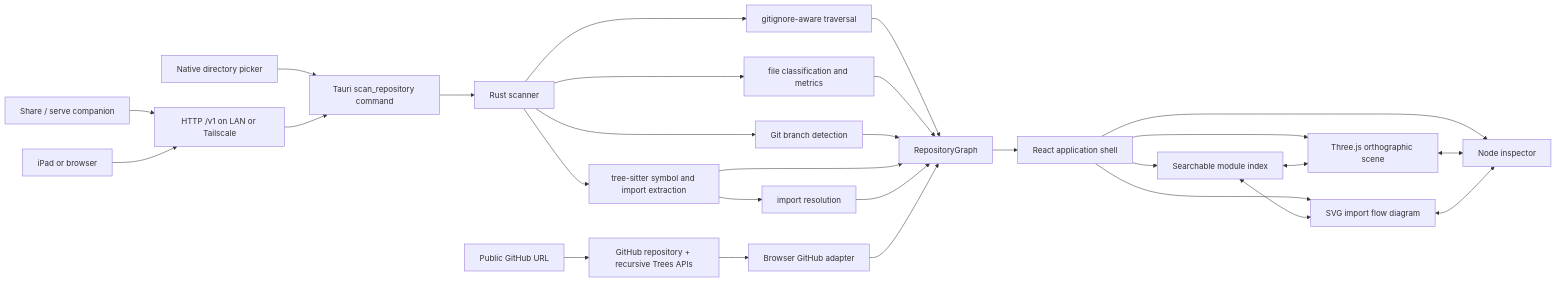
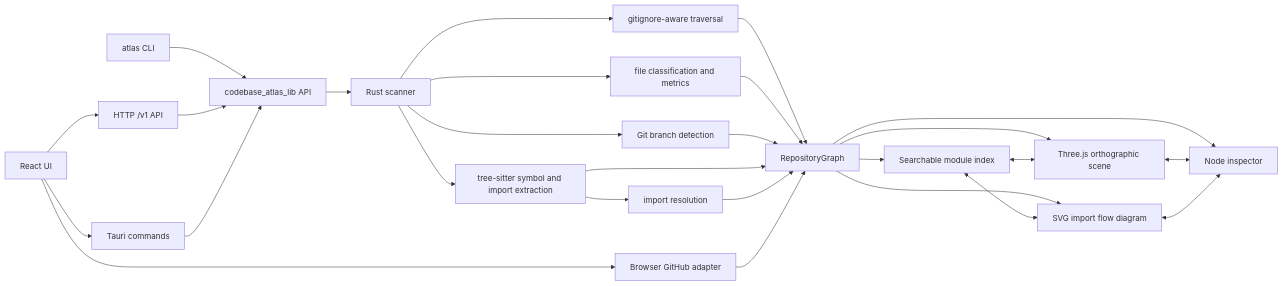
One commit to Volpestyle/codebase-atlas changed the first of 4 diagrams in README.md. Above: the diagram before and after it, drawn with Mermaid. The commit also changed other lines of this file and 13 other files, not shown here.

Commit message:
feat: make repository graph core scriptable

````diff
--- a/README.md
+++ b/README.md
@@ -9,30 +9,29 @@
 ```mermaid
 flowchart LR
-    A[Native directory picker] --> B[Tauri scan_repository command]
-    L[Public GitHub URL] --> M[GitHub repository + recursive Trees APIs]
-    S[Share / serve companion] --> T[HTTP /v1 on LAN or Tailscale]
-    Ipad[iPad or browser] --> T
-    T --> B
-    B --> C[Rust scanner]
+    CLI[atlas CLI] --> API[codebase_atlas_lib API]
+    HTTP[HTTP /v1 API] --> API
+    Tauri[Tauri commands] --> API
+    UI[React UI] --> Tauri
+    UI --> HTTP
+    UI --> GH[Browser GitHub adapter]
+    API --> C[Rust scanner]
     C --> D[gitignore-aware traversal]
     C --> E[file classification and metrics]
     C --> F[Git branch detection]
     C --> O[tree-sitter symbol and import extraction]
     O --> R[import resolution]
     D --> G[RepositoryGraph]
     E --> G
     F --> G
     O --> G
     R --> G
-    M --> N[Browser GitHub adapter]
-    N --> G
-    G --> H[React application shell]
-    H --> I[Searchable module index]
-    H --> J[Three.js orthographic scene]
-    H --> P[SVG import flow diagram]
-    H --> K[Node inspector]
+    GH --> G
+    G --> I[Searchable module index]
+    G --> J[Three.js orthographic scene]
+    G --> P[SVG import flow diagram]
+    G --> K[Node inspector]
     I <--> J
     I <--> P
     J <--> K
     P <--> K
 ```
````
